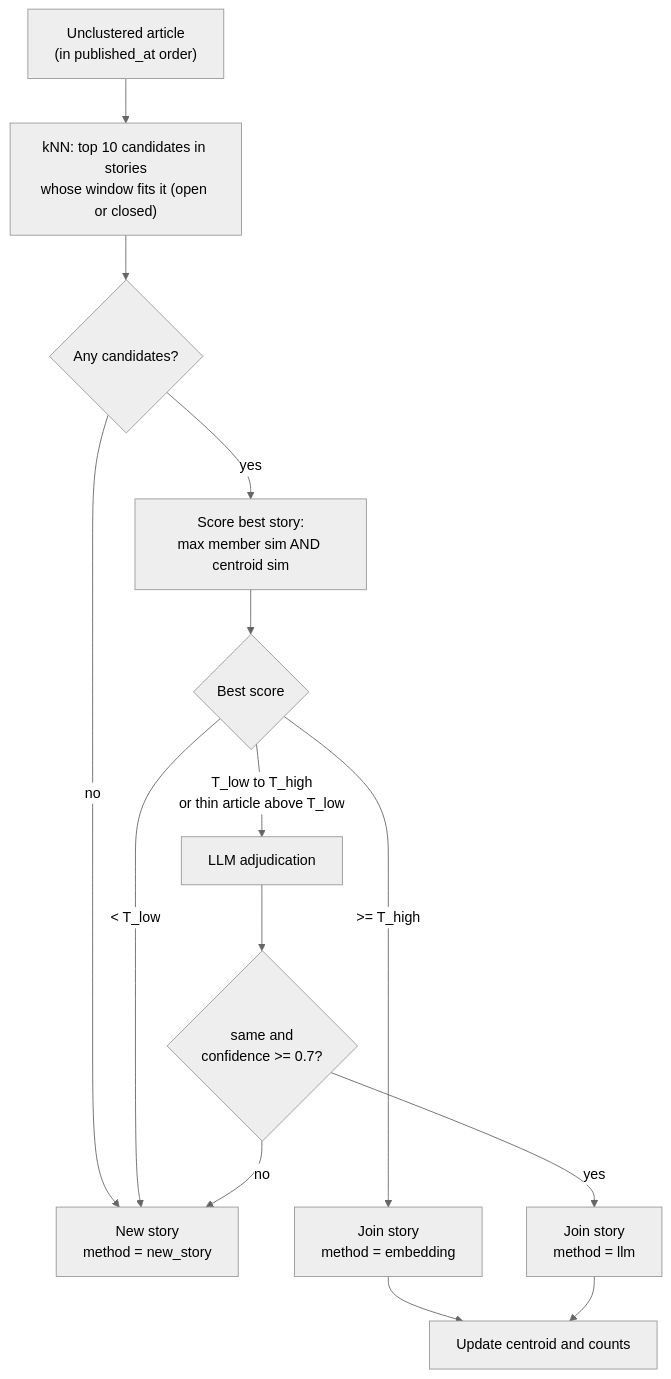
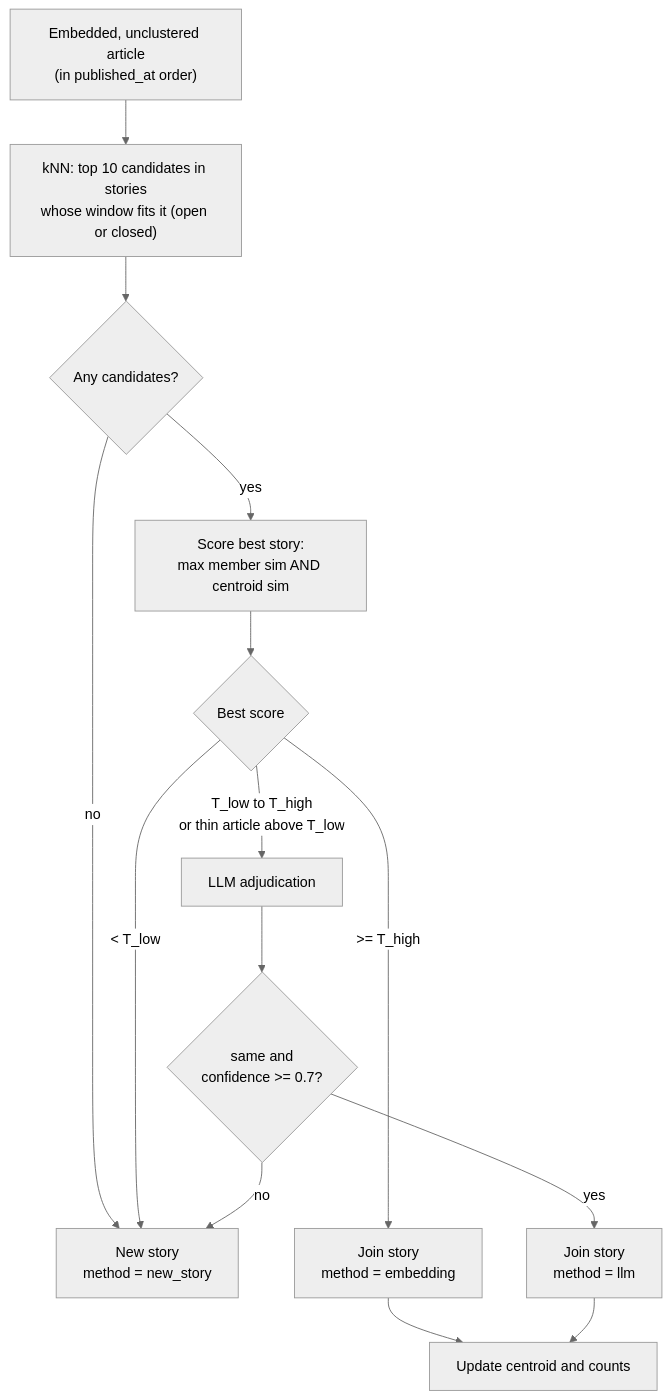
One commit to camricksolorio/better-news changed the third of 4 diagrams in docs/story-clustering-v1/tdd.md. Above: the diagram before and after it, drawn with Mermaid (neutral theme). The commit also changed other lines of this file and 2 other files, not shown here.

````diff
--- a/docs/story-clustering-v1/tdd.md
+++ b/docs/story-clustering-v1/tdd.md
@@ -163,16 +174,16 @@
 ```mermaid
 flowchart TD
-  A["Unclustered article<br/>(in published_at order)"] --> B["kNN: top 10 candidates in stories<br/>whose window fits it (open or closed)"]
+  A["Embedded, unclustered article<br/>(in published_at order)"] --> B["kNN: top 10 candidates in stories<br/>whose window fits it (open or closed)"]
   B --> C{"Any candidates?"}
   C -- no --> N["New story<br/>method = new_story"]
   C -- yes --> D["Score best story:<br/>max member sim AND centroid sim"]
   D --> E{"Best score"}
   E -- "< T_low" --> N
   E -- "T_low to T_high<br/>or thin article above T_low" --> L["LLM adjudication"]
   E -- ">= T_high" --> J["Join story<br/>method = embedding"]
   L --> V{"same and<br/>confidence >= 0.7?"}
   V -- yes --> J2["Join story<br/>method = llm"]
   V -- no --> N
   J --> U["Update centroid and counts"]
   J2 --> U
 ```
````
